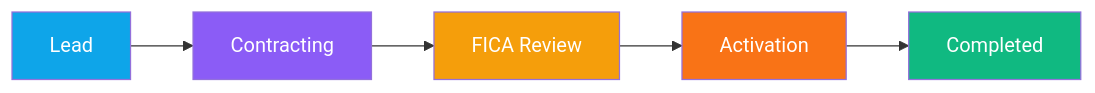
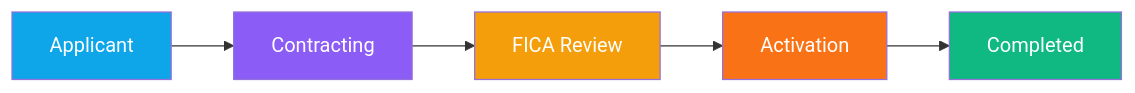
The first of 3 diagrams in USER_GUIDE.md (jakwakwa/Scol-WatchTower), drawn with Mermaid before and after one commit. The commit also changed other lines of this file and 62 other files, not shown here.

````diff
--- a/USER_GUIDE.md
+++ b/USER_GUIDE.md
@@ -16,13 +16,13 @@
 ```mermaid
 graph LR
-    A[Lead] --> B[Contracting]
+    A[Applicant] --> B[Contracting]
     B --> C[FICA Review]
     C --> D[Activation]
     D --> E[Completed]
     
     style A fill:#0ea5e9,color:#fff
     style B fill:#8b5cf6,color:#fff
     style C fill:#f59e0b,color:#fff
     style D fill:#f97316,color:#fff
     style E fill:#10b981,color:#fff
 ```
````
